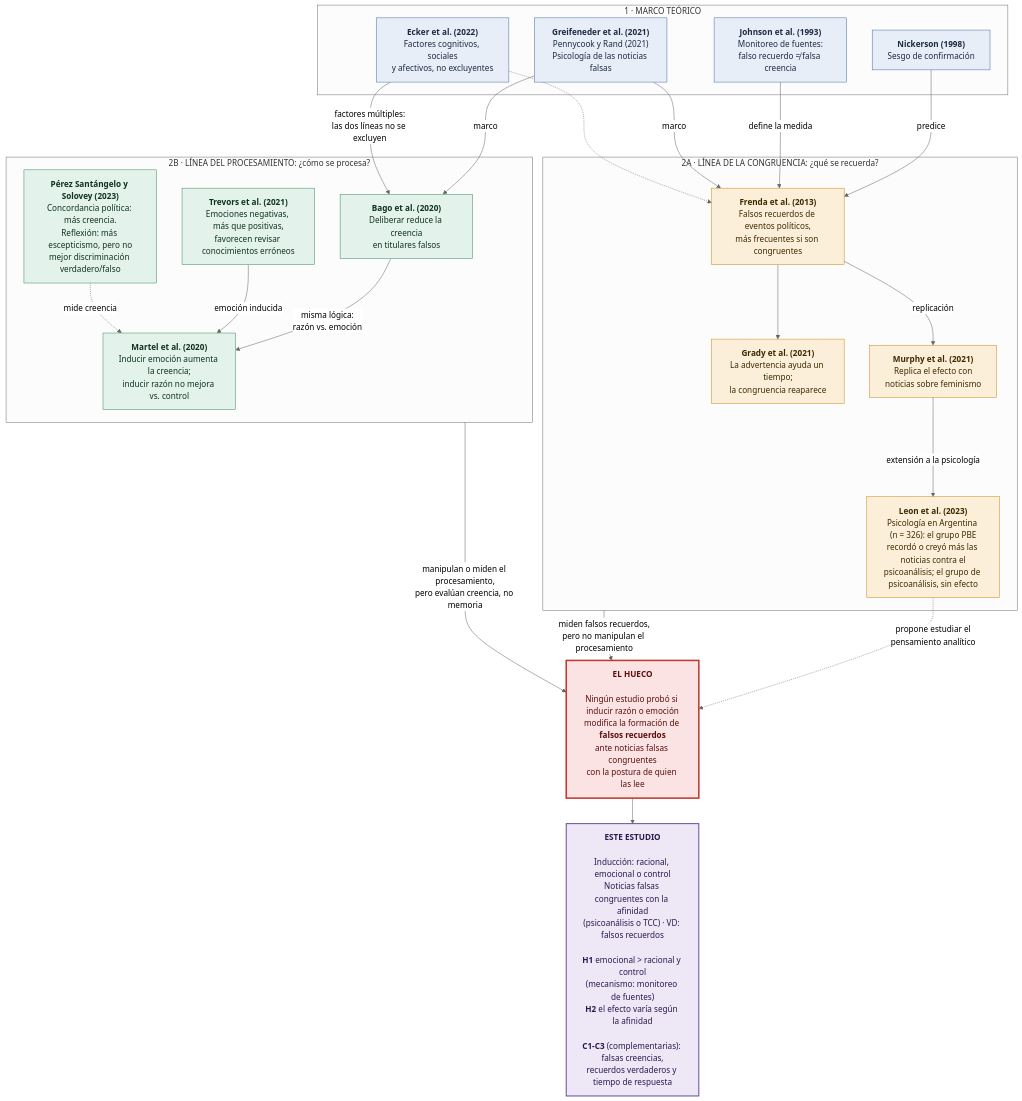
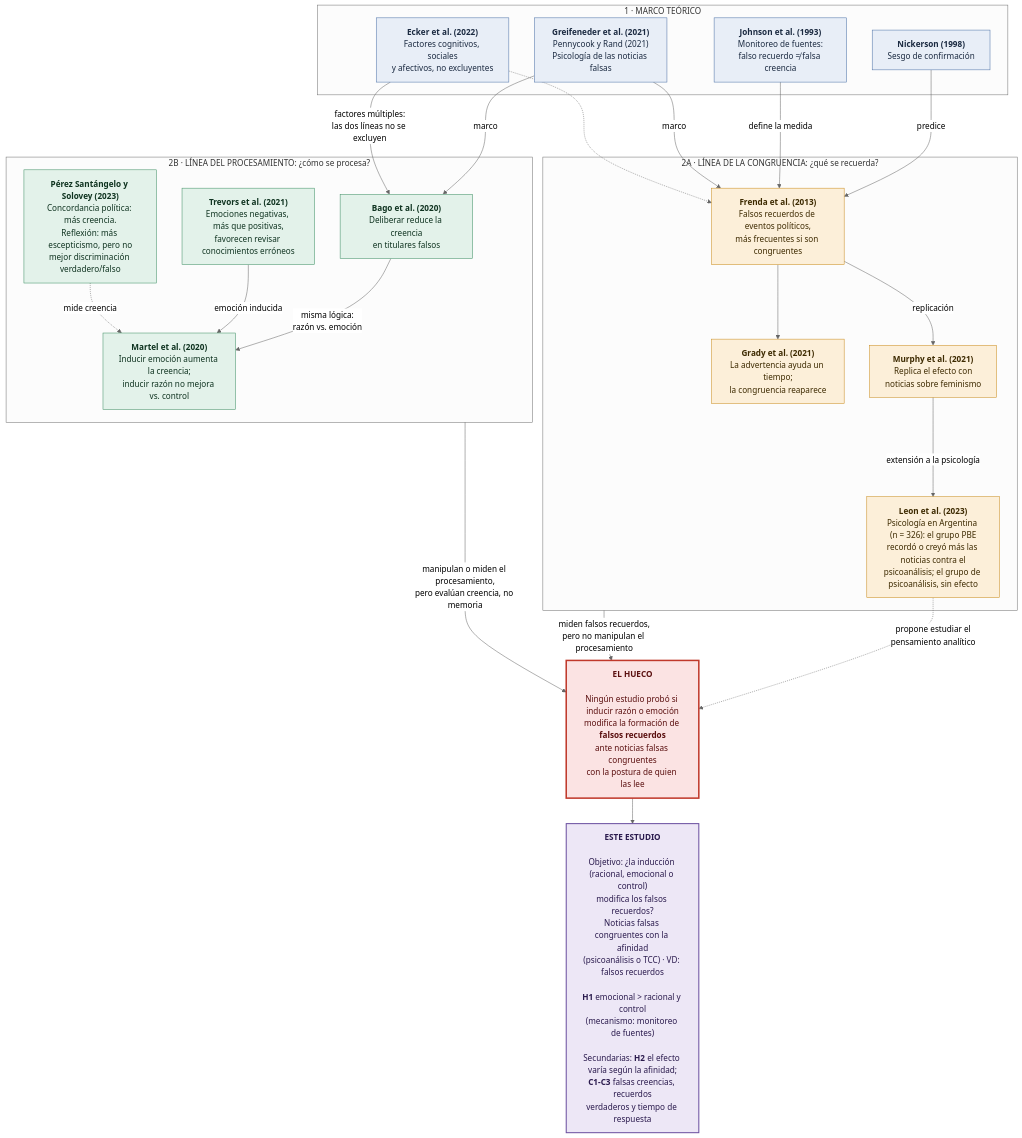
The diagram in 2do Año/Psicología Experimental/6_Entregables/_media/Inv_P2_Antecedentes_01.mmd (Franco4447/psicologia-favaloro), drawn with Mermaid (neutral theme) before and after one commit. The commit also changed 3 other files, not shown here.

First line of the commit message:
Psicología Experimental: objetivos e hipótesis alineados con el objetivo general

```diff
--- a/2do Año/Psicología Experimental/6_Entregables/_media/Inv_P2_Antecedentes_01.mmd
+++ b/2do Año/Psicología Experimental/6_Entregables/_media/Inv_P2_Antecedentes_01.mmd
@@ -1,57 +1,57 @@
 flowchart TB
   classDef teo fill:#E8EEF7,stroke:#4A6FA5,color:#1B2A41
   classDef cong fill:#FCEFD9,stroke:#C98A1B,color:#3D2A00
   classDef proc fill:#E3F2EA,stroke:#3E8E63,color:#0F3320
   classDef hueco fill:#FBE3E3,stroke:#C0392B,stroke-width:3px,color:#5A0F0F
   classDef nuestro fill:#EDE7F6,stroke:#6B4FA0,stroke-width:2px,color:#2A1A4D
 
   subgraph T["1 · MARCO TEÓRICO"]
     N["<b>Nickerson (1998)</b><br/>Sesgo de confirmación"]
     J["<b>Johnson et al. (1993)</b><br/>Monitoreo de fuentes:<br/>falso recuerdo ≠ falsa creencia"]
     G["<b>Greifeneder et al. (2021)</b><br/>Pennycook y Rand (2021)<br/>Psicología de las noticias falsas"]
     E["<b>Ecker et al. (2022)</b><br/>Factores cognitivos, sociales<br/>y afectivos, no excluyentes"]
   end
 
   subgraph A["2A · LÍNEA DE LA CONGRUENCIA: ¿qué se recuerda?"]
     F["<b>Frenda et al. (2013)</b><br/>Falsos recuerdos de eventos políticos,<br/>más frecuentes si son congruentes"]
     M["<b>Murphy et al. (2021)</b><br/>Replica el efecto con<br/>noticias sobre feminismo"]
     Gr["<b>Grady et al. (2021)</b><br/>La advertencia ayuda un tiempo;<br/>la congruencia reaparece"]
     L["<b>Leon et al. (2023)</b><br/>Psicología en Argentina (n = 326): el grupo PBE<br/>recordó o creyó más las noticias contra el<br/>psicoanálisis; el grupo de psicoanálisis, sin efecto"]
   end
 
   subgraph B["2B · LÍNEA DEL PROCESAMIENTO: ¿cómo se procesa?"]
     Ba["<b>Bago et al. (2020)</b><br/>Deliberar reduce la creencia<br/>en titulares falsos"]
     Tr["<b>Trevors et al. (2021)</b><br/>Emociones negativas, más que positivas,<br/>favorecen revisar conocimientos erróneos"]
     PS["<b>Pérez Santángelo y Solovey (2023)</b><br/>Concordancia política: más creencia.<br/>Reflexión: más escepticismo, pero no<br/>mejor discriminación verdadero/falso"]
     Ma["<b>Martel et al. (2020)</b><br/>Inducir emoción aumenta la creencia;<br/>inducir razón no mejora vs. control"]
   end
 
   V["<b>EL HUECO</b><br/><br/>Ningún estudio probó si inducir razón o emoción<br/>modifica la formación de <b>falsos recuerdos</b><br/>ante noticias falsas congruentes<br/>con la postura de quien las lee"]
 
-  Q["<b>ESTE ESTUDIO</b><br/><br/>Inducción: racional, emocional o control<br/>Noticias falsas congruentes con la afinidad<br/>(psicoanálisis o TCC) · VD: falsos recuerdos<br/><br/><b>H1</b> emocional > racional y control<br/>(mecanismo: monitoreo de fuentes)<br/><b>H2</b> el efecto varía según la afinidad<br/><br/><b>C1-C3</b> (complementarias): falsas creencias,<br/>recuerdos verdaderos y tiempo de respuesta"]
+  Q["<b>ESTE ESTUDIO</b><br/><br/>Objetivo: ¿la inducción (racional, emocional o control)<br/>modifica los falsos recuerdos?<br/>Noticias falsas congruentes con la afinidad<br/>(psicoanálisis o TCC) · VD: falsos recuerdos<br/><br/><b>H1</b> emocional > racional y control<br/>(mecanismo: monitoreo de fuentes)<br/><br/>Secundarias: <b>H2</b> el efecto varía según la afinidad;<br/><b>C1-C3</b> falsas creencias, recuerdos<br/>verdaderos y tiempo de respuesta"]
 
   N -->|"predice"| F
   J -->|"define la medida"| F
   G -->|"marco"| F
   G -->|"marco"| Ba
   E -->|"factores múltiples:<br/>las dos líneas no se excluyen"| Ba
   E -.-> F
 
   F -->|"replicación"| M
   F --> Gr
   M -->|"extensión a la psicología"| L
 
   Ba -->|"misma lógica:<br/>razón vs. emoción"| Ma
   Tr -->|"emoción inducida"| Ma
   PS -.->|"mide creencia"| Ma
 
   A -->|"miden falsos recuerdos,<br/>pero no manipulan el procesamiento"| V
   B -->|"manipulan o miden el procesamiento,<br/>pero evalúan creencia, no memoria"| V
   L -.->|"propone estudiar el<br/>pensamiento analítico"| V
   V --> Q
 
   class G,J,N,E teo
   class F,M,L,Gr cong
   class Ba,Ma,Tr,PS proc
   class V hueco
   class Q nuestro
```
